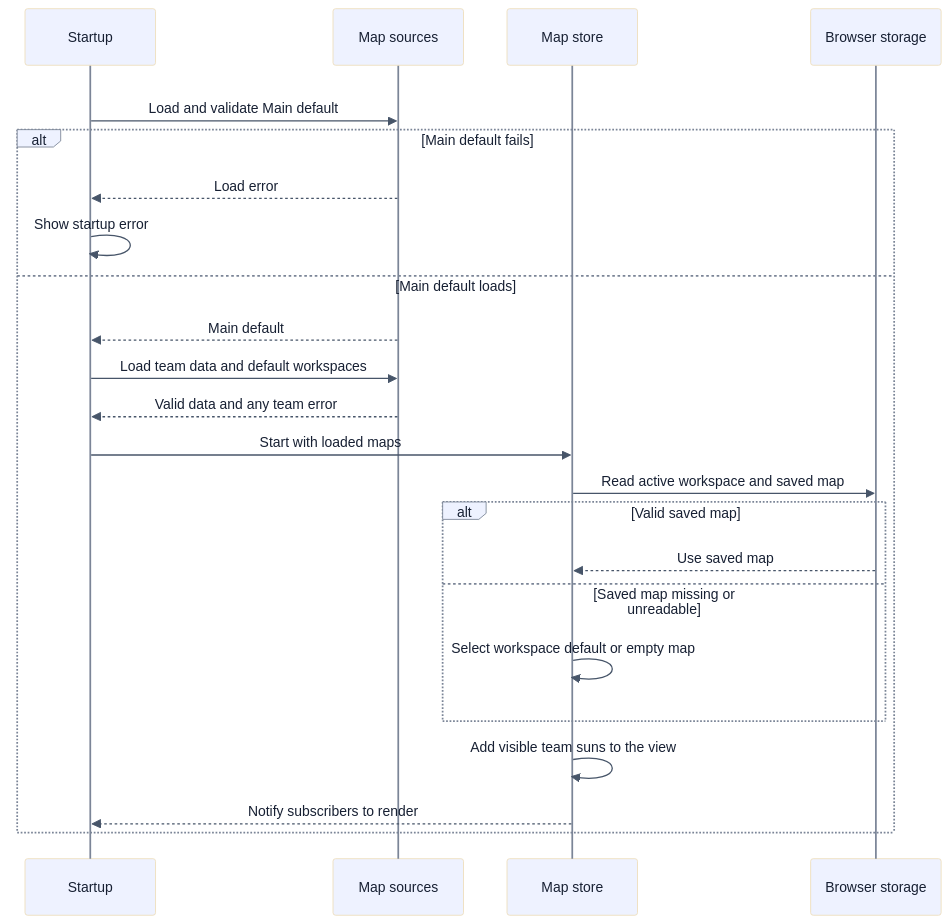
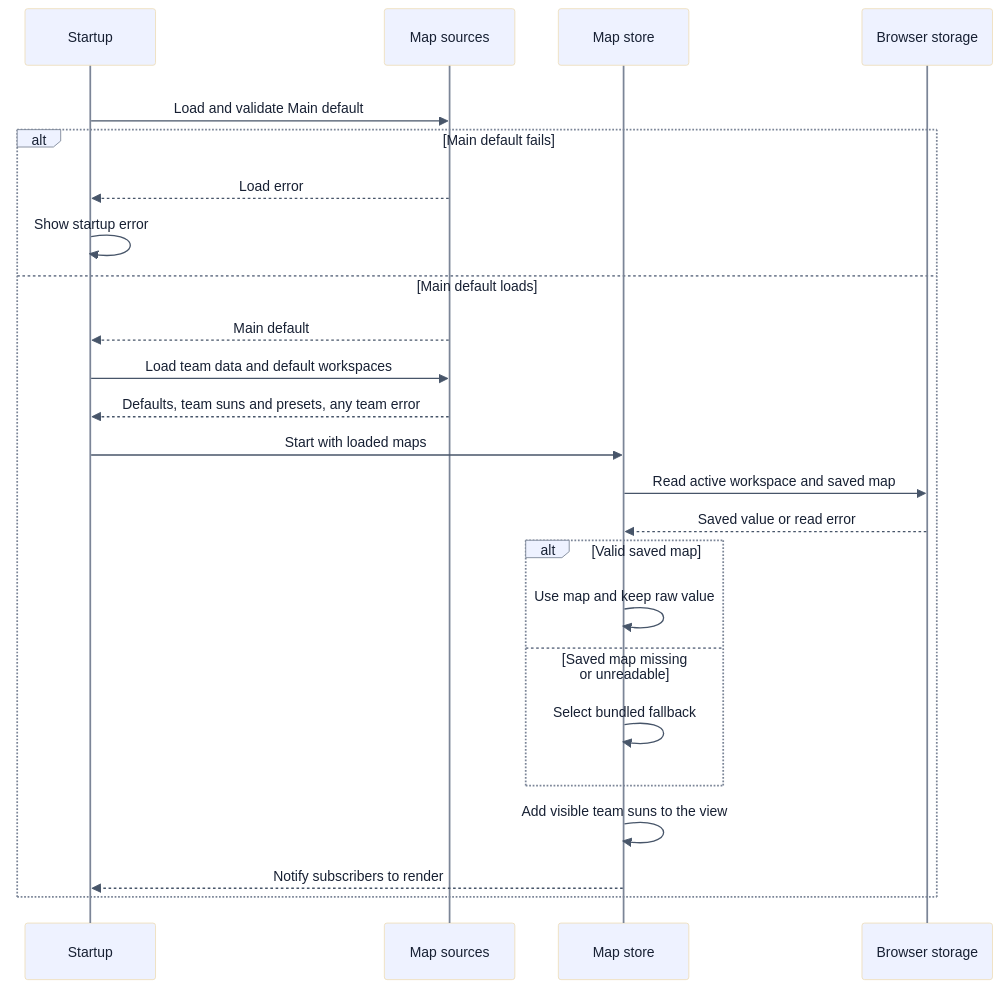
One commit to scufflegrits/orbit changed the fourth of 5 diagrams in docs/architecture.md. Above: the diagram before and after it, drawn with Mermaid. The commit also changed other lines of this file and 39 other files, not shown here.

````diff
--- a/docs/architecture.md
+++ b/docs/architecture.md
@@ -138,42 +138,43 @@
 ```mermaid
 ---
 config:
   # Use the native sequence renderer and a light message region.
   theme: base
   themeVariables:
     # Keep actor boxes opaque and lifelines visible.
     actorBkg: "#eef2ff"
     actorTextColor: "#172033"
     actorLineColor: "#7b8597"
     signalColor: "#475569"
     signalTextColor: "#172033"
     labelBoxBorderColor: "#7b8597"
 ---
 %% Show startup order, workspace precedence, and failure paths.
 sequenceDiagram
   participant START as Startup
   participant SOURCES as Map sources
   participant STORE as Map store
   participant STORAGE as Browser storage
 
   rect rgb(255, 255, 255)
     START->>SOURCES: Load and validate Main default
     alt Main default fails
       SOURCES-->>START: Load error
       START->>START: Show startup error
     else Main default loads
       SOURCES-->>START: Main default
       START->>SOURCES: Load team data and default workspaces
-      SOURCES-->>START: Valid data and any team error
+      SOURCES-->>START: Defaults, team suns and presets, any team error
       START->>STORE: Start with loaded maps
       STORE->>STORAGE: Read active workspace and saved map
+      STORAGE-->>STORE: Saved value or read error
       alt Valid saved map
-        STORAGE-->>STORE: Use saved map
+        STORE->>STORE: Use map and keep raw value
       else Saved map missing or unreadable
-        STORE->>STORE: Select workspace default or empty map
+        STORE->>STORE: Select bundled fallback
       end
       STORE->>STORE: Add visible team suns to the view
       STORE-->>START: Notify subscribers to render
     end
   end
 ```
````
